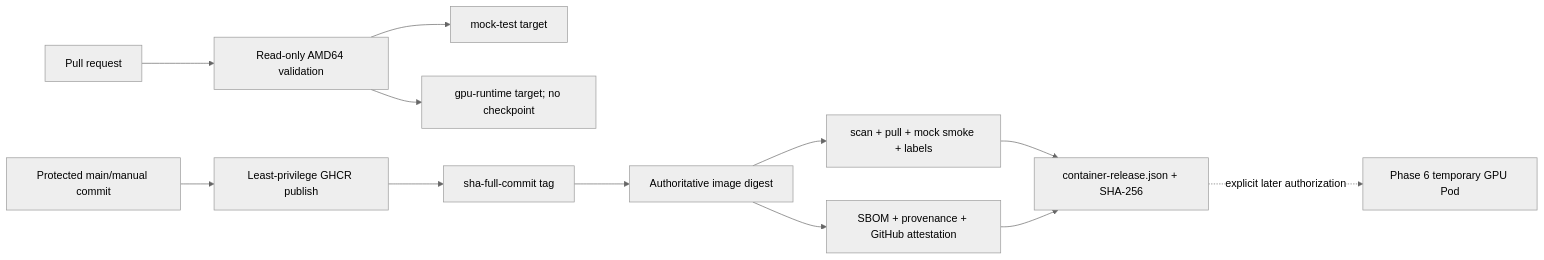
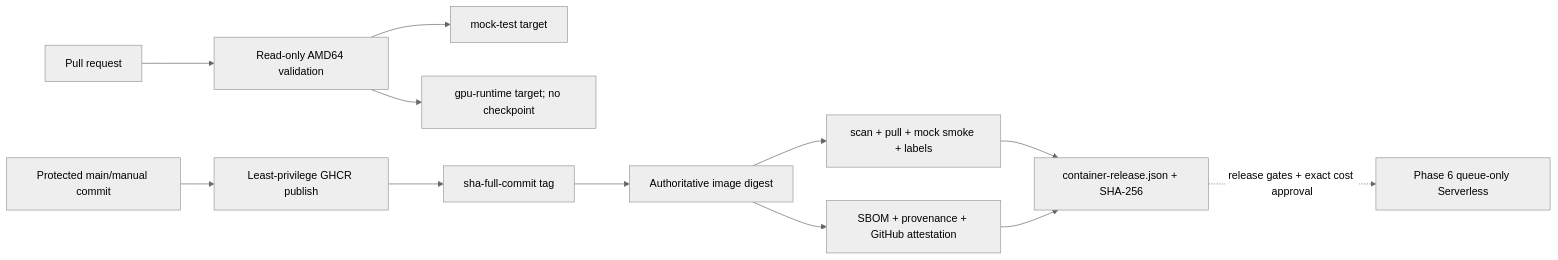
Before and after one commit to aiforram1-stack/FInal-Boss-Detector: the first of 2 diagrams in docs/architecture/image-detector-worker.md, drawn with Mermaid (neutral theme). The commit also changed 10 other files, not shown here.

````diff
--- a/docs/architecture/image-detector-worker.md
+++ b/docs/architecture/image-detector-worker.md
@@ -21,14 +21,14 @@
 ```mermaid
 flowchart LR
     PR[Pull request] --> ReadOnly[Read-only AMD64 validation]
     ReadOnly --> MockTarget[mock-test target]
     ReadOnly --> GPUTarget[gpu-runtime target; no checkpoint]
     Main[Protected main/manual commit] --> Publish[Least-privilege GHCR publish]
     Publish --> Tag[sha-full-commit tag]
     Tag --> Digest[Authoritative image digest]
     Digest --> Verify[scan + pull + mock smoke + labels]
     Digest --> Supply[SBOM + provenance + GitHub attestation]
     Verify --> Manifest[container-release.json + SHA-256]
     Supply --> Manifest
-    Manifest -. explicit later authorization .-> GPU[Phase 6 temporary GPU Pod]
+    Manifest -. release gates + exact cost approval .-> GPU[Phase 6 queue-only Serverless]
 ```
````
